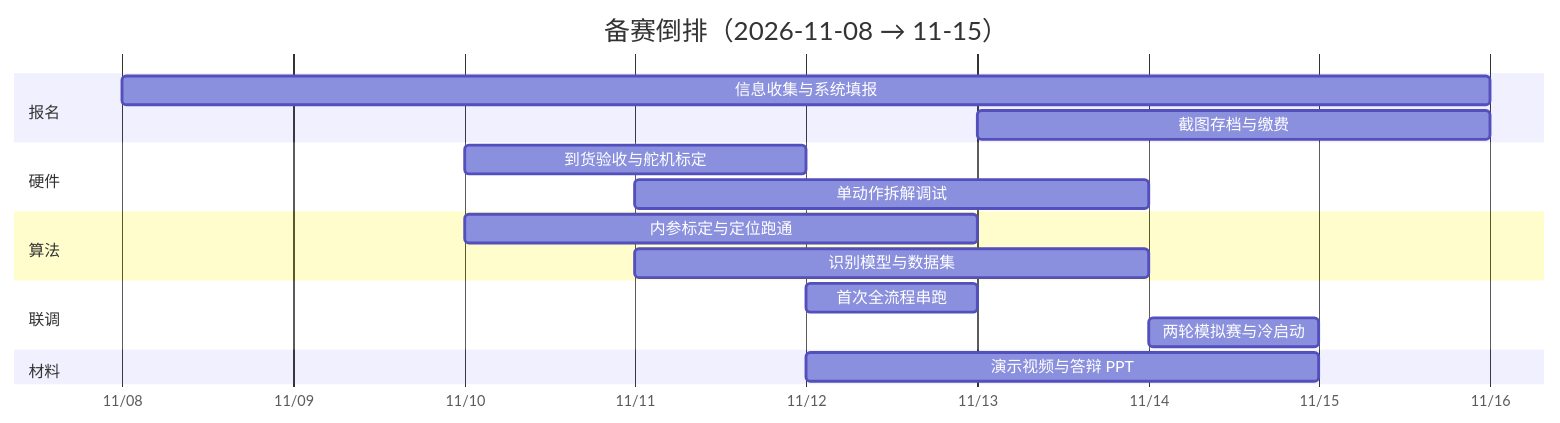
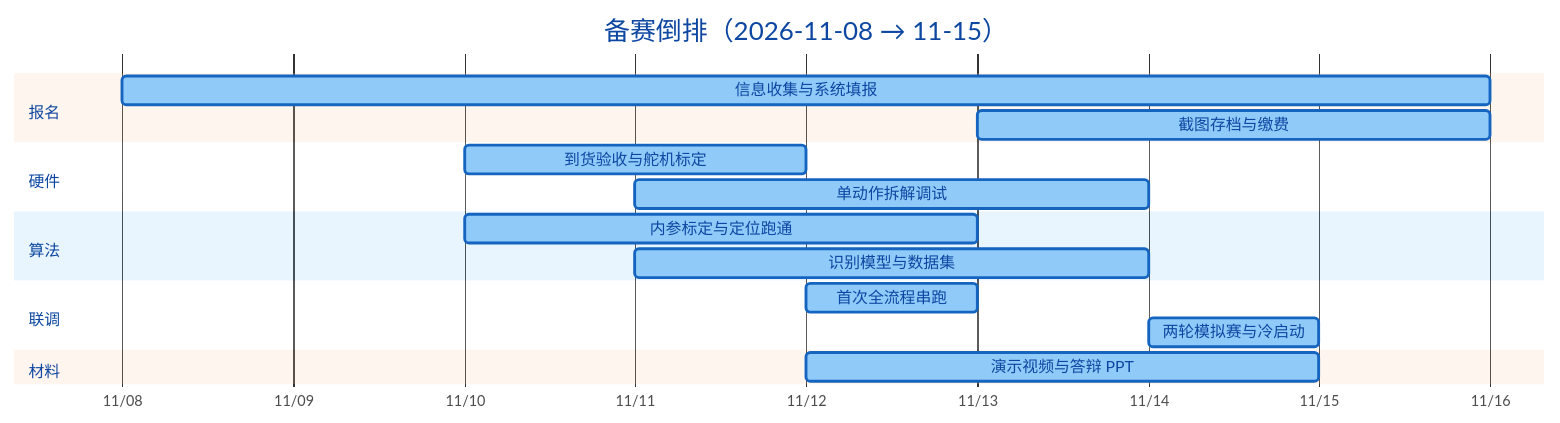
One commit to Euphoria-tender/shuijingzhiqing changed the second of 2 diagrams in README.md. Above: the diagram before and after it, drawn with Mermaid. The commit also changed other lines of this file and 1 other file, not shown here.

Commit message:
docs: 补充术语表，优化 README 图示与文档导航

````diff
--- a/README.md
+++ b/README.md
@@ -140,20 +128,21 @@
 ```mermaid
+%%{init: {'theme':'base','themeVariables':{'primaryColor':'#90CAF9','primaryBorderColor':'#1565C0','taskTextColor':'#0D47A1','taskTextOutsideColor':'#0D47A1','taskTextDarkColor':'#0D47A1','textColor':'#212121','titleColor':'#0D47A1'}}}%%
 gantt
     title 备赛倒排（2026-11-08 → 11-15）
     dateFormat YYYY-MM-DD
     axisFormat %m/%d
     section 报名
     信息收集与系统填报      :a1, 2026-11-08, 8d
     截图存档与缴费          :a2, 2026-11-13, 3d
     section 硬件
     到货验收与舵机标定      :b1, 2026-11-10, 2d
     单动作拆解调试          :b2, 2026-11-11, 3d
     section 算法
     内参标定与定位跑通      :c1, 2026-11-10, 3d
     识别模型与数据集        :c2, 2026-11-11, 3d
     section 联调
     首次全流程串跑          :d1, 2026-11-12, 1d
     两轮模拟赛与冷启动      :d2, 2026-11-14, 1d
     section 材料
     演示视频与答辩 PPT      :e1, 2026-11-12, 3d
 ```
````
